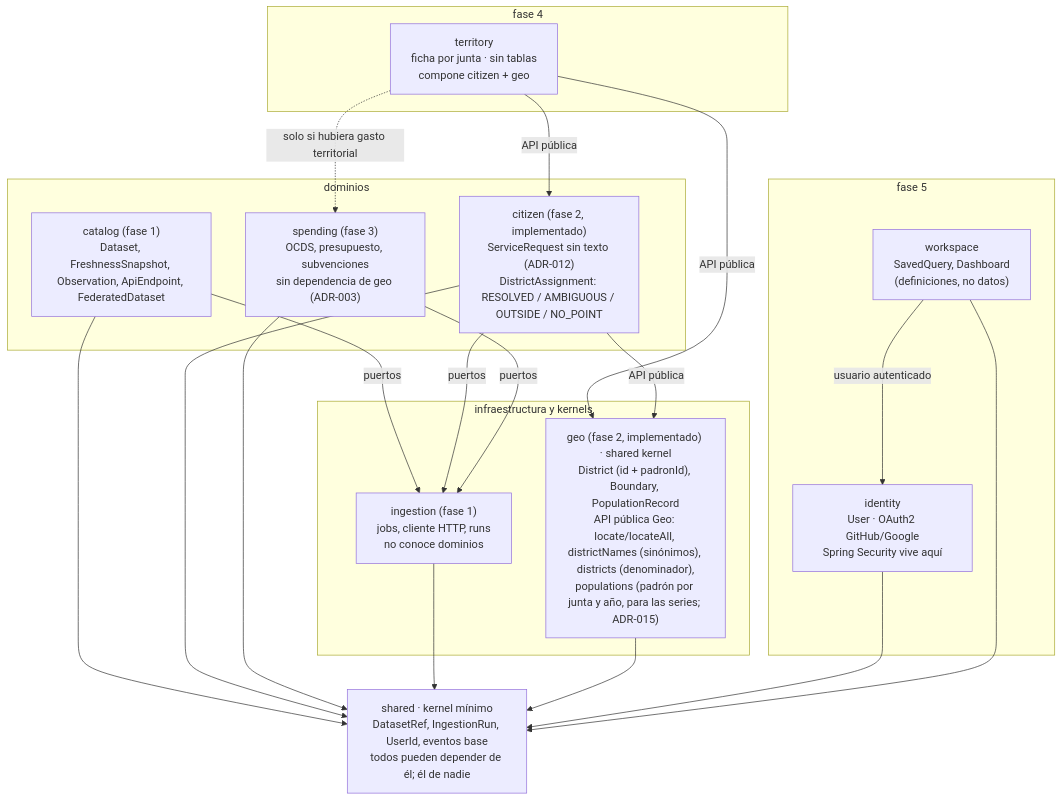
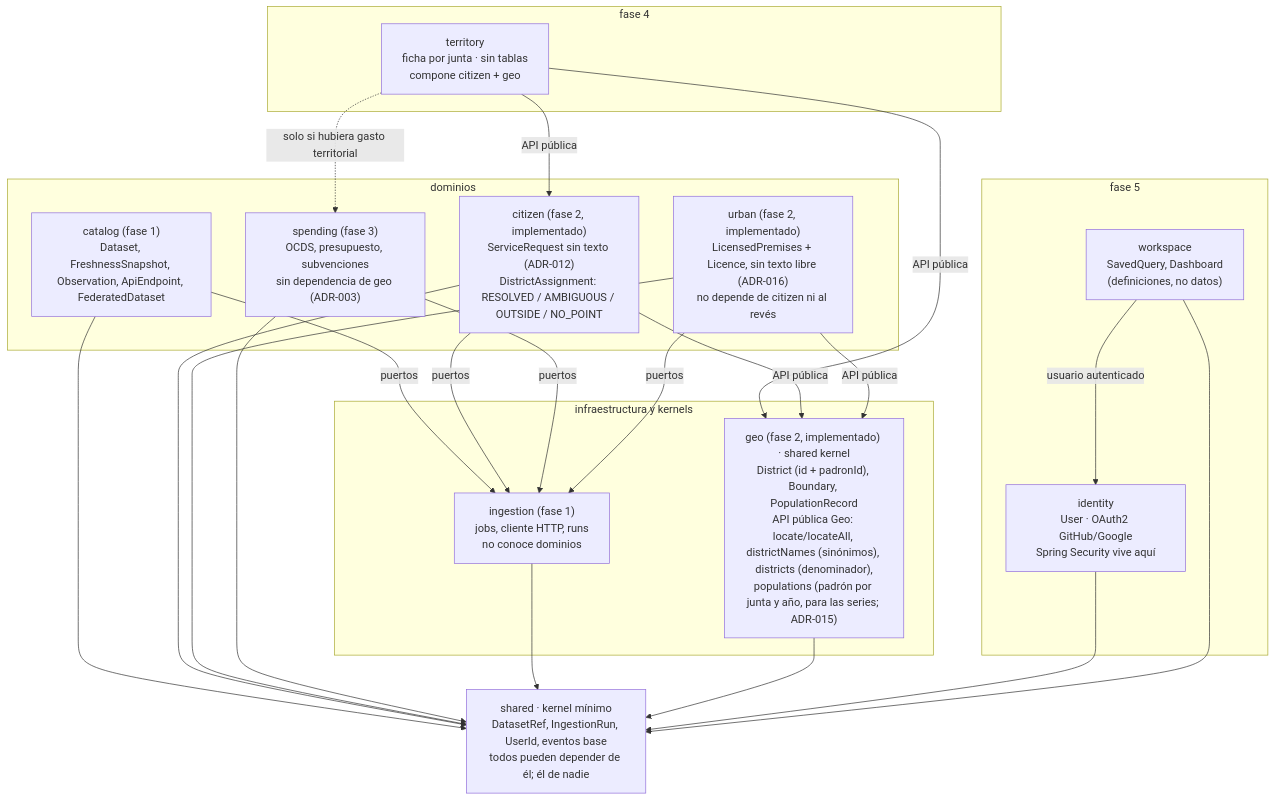
One commit to MarioNaya/zaragoza-observatorio changed the second of 3 diagrams in docs/arquitectura.md. Above: the diagram before and after it, drawn with Mermaid. The commit also changed other lines of this file and 55 other files, not shown here.

````diff
--- a/docs/arquitectura.md
+++ b/docs/arquitectura.md
@@ -69,30 +75,33 @@
 ```mermaid
 flowchart TB
   subgraph F5["fase 5"]
     WS["workspace<br/>SavedQuery, Dashboard<br/>(definiciones, no datos)"]
     ID["identity<br/>User · OAuth2 GitHub/Google<br/>Spring Security vive aquí"]
   end
   subgraph F4["fase 4"]
     TER["territory<br/>ficha por junta · sin tablas<br/>compone citizen + geo"]
   end
   subgraph DOM["dominios"]
     CATM["catalog (fase 1)<br/>Dataset, FreshnessSnapshot, Observation, ApiEndpoint, FederatedDataset"]
     CIT["citizen (fase 2, implementado)<br/>ServiceRequest sin texto (ADR-012)<br/>DistrictAssignment: RESOLVED / AMBIGUOUS / OUTSIDE / NO_POINT"]
+    URB["urban (fase 2, implementado)<br/>LicensedPremises + Licence, sin texto libre (ADR-016)<br/>no depende de citizen ni al revés"]
     SPE["spending (fase 3)<br/>OCDS, presupuesto, subvenciones<br/>sin dependencia de geo (ADR-003)"]
   end
   subgraph INFRA["infraestructura y kernels"]
     INGM["ingestion (fase 1)<br/>jobs, cliente HTTP, runs<br/>no conoce dominios"]
     GEO["geo (fase 2, implementado) · shared kernel<br/>District (id + padronId), Boundary, PopulationRecord<br/>API pública Geo: locate/locateAll, districtNames (sinónimos), districts (denominador),<br/>populations (padrón por junta y año, para las series; ADR-015)"]
   end
   SH["shared · kernel mínimo<br/>DatasetRef, IngestionRun, UserId, eventos base<br/>todos pueden depender de él; él de nadie"]
 
   WS -- "usuario autenticado" --> ID
   TER -- "API pública" --> CIT
   TER -- "API pública" --> GEO
   TER -. "solo si hubiera gasto territorial" .-> SPE
   CATM -- "puertos" --> INGM
   CIT -- "puertos" --> INGM
   SPE -- "puertos" --> INGM
+  URB -- "puertos" --> INGM
   CIT -- "API pública" --> GEO
-  CATM & CIT & SPE & INGM & GEO & ID & WS --> SH
+  URB -- "API pública" --> GEO
+  CATM & CIT & URB & SPE & INGM & GEO & ID & WS --> SH
 ```
````
